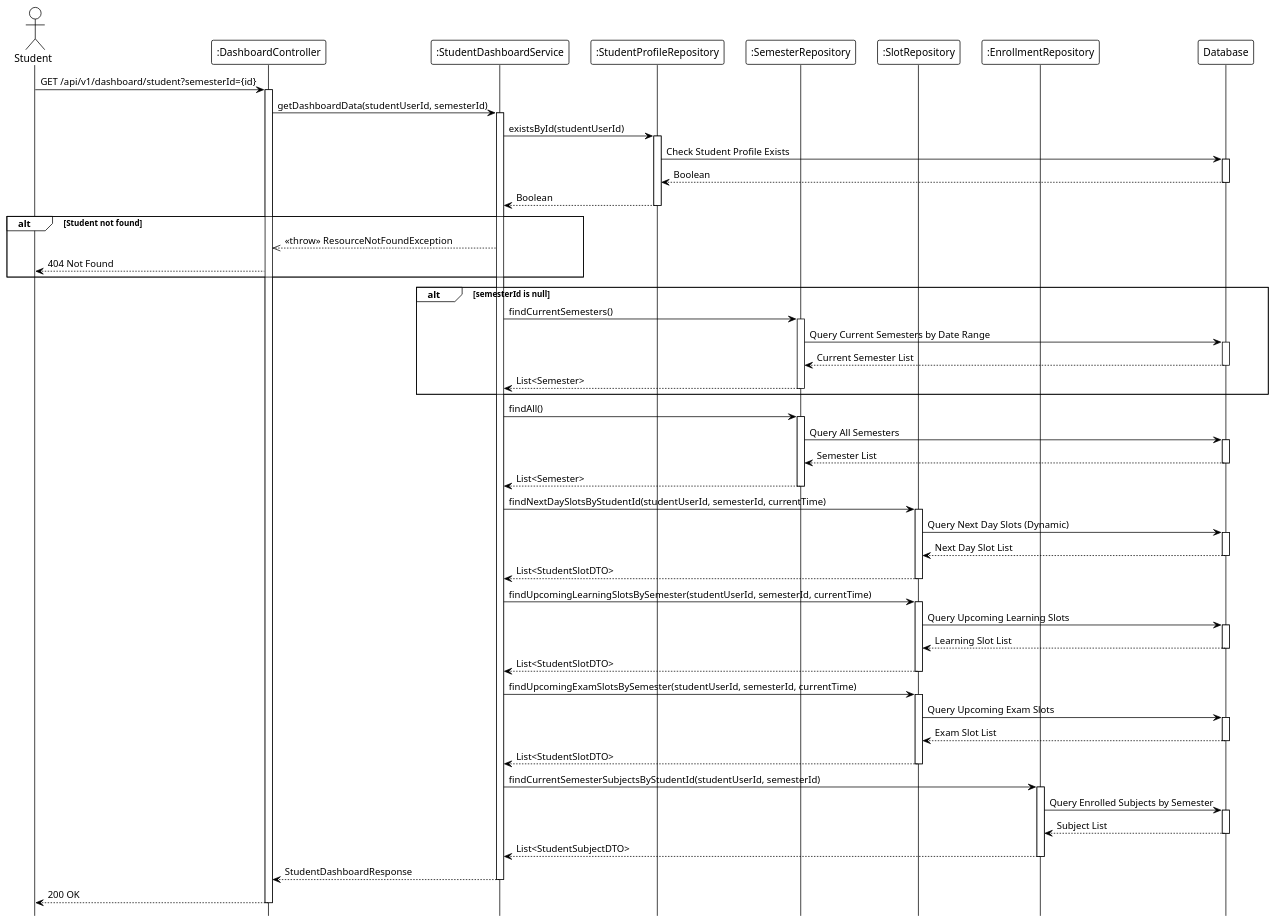
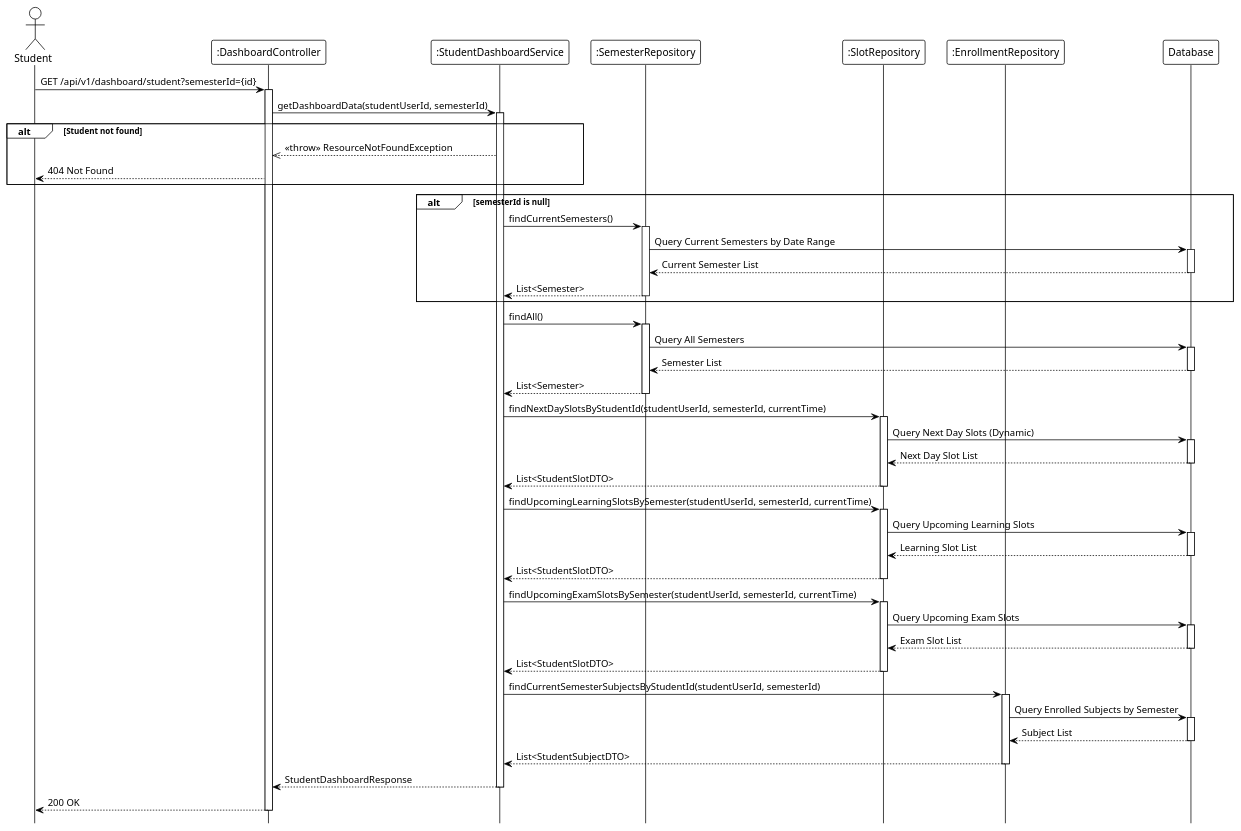
Before and after one commit to Ndh474/context: the diagram in system_detailed_design/76_view_student_timetable/sequence_diagram_view_student_timetable.puml, drawn with PlantUML. The commit also changed 12 other files, not shown here.

```diff
--- a/system_detailed_design/76_view_student_timetable/sequence_diagram_view_student_timetable.puml
+++ b/system_detailed_design/76_view_student_timetable/sequence_diagram_view_student_timetable.puml
@@ -1,118 +1,106 @@
 @startuml view_student_timetable
 !theme plain
 hide footbox
 
 actor Student
 participant ":DashboardController" as Controller
 participant ":StudentDashboardService" as Service
-participant ":StudentProfileRepository" as StudentRepo
 participant ":SemesterRepository" as SemesterRepo
 participant ":SlotRepository" as SlotRepo
 participant ":EnrollmentRepository" as EnrollmentRepo
 participant "Database" as DB
 
 ' --- MAIN FLOW ---
 Student -> Controller: GET /api/v1/dashboard/student?semesterId={id}
 activate Controller
 
 Controller -> Service: getDashboardData(studentUserId, semesterId)
 activate Service
 
-' --- VALIDATE STUDENT EXISTS ---
-Service -> StudentRepo: existsById(studentUserId)
-activate StudentRepo
-
-StudentRepo -> DB: Check Student Profile Exists
-activate DB
-DB --> StudentRepo: Boolean
-deactivate DB
-
-StudentRepo --> Service: Boolean
-deactivate StudentRepo
+' Validation logic (internal: check student exists)
 
 alt Student not found
     Service -->> Controller: <<throw>> ResourceNotFoundException
     Controller --> Student: 404 Not Found
 end
 
-' --- GET CURRENT SEMESTER IF NOT PROVIDED ---
 alt semesterId is null
     Service -> SemesterRepo: findCurrentSemesters()
     activate SemesterRepo
     
     SemesterRepo -> DB: Query Current Semesters by Date Range
     activate DB
     DB --> SemesterRepo: Current Semester List
     deactivate DB
     
     SemesterRepo --> Service: List<Semester>
     deactivate SemesterRepo
 end
 
 ' --- GET ALL SEMESTERS FOR DROPDOWN ---
 Service -> SemesterRepo: findAll()
 activate SemesterRepo
 
 SemesterRepo -> DB: Query All Semesters
 activate DB
 DB --> SemesterRepo: Semester List
 deactivate DB
 
 SemesterRepo --> Service: List<Semester>
 deactivate SemesterRepo
 
 ' --- GET NEXT DAY SLOTS ---
 Service -> SlotRepo: findNextDaySlotsByStudentId(studentUserId, semesterId, currentTime)
 activate SlotRepo
 
 SlotRepo -> DB: Query Next Day Slots (Dynamic)
 activate DB
 DB --> SlotRepo: Next Day Slot List
 deactivate DB
 
 SlotRepo --> Service: List<StudentSlotDTO>
 deactivate SlotRepo
 
 ' --- GET UPCOMING LEARNING SLOTS ---
 Service -> SlotRepo: findUpcomingLearningSlotsBySemester(studentUserId, semesterId, currentTime)
 activate SlotRepo
 
 SlotRepo -> DB: Query Upcoming Learning Slots
 activate DB
 DB --> SlotRepo: Learning Slot List
 deactivate DB
 
 SlotRepo --> Service: List<StudentSlotDTO>
 deactivate SlotRepo
 
 ' --- GET UPCOMING EXAM SLOTS ---
 Service -> SlotRepo: findUpcomingExamSlotsBySemester(studentUserId, semesterId, currentTime)
 activate SlotRepo
 
 SlotRepo -> DB: Query Upcoming Exam Slots
 activate DB
 DB --> SlotRepo: Exam Slot List
 deactivate DB
 
 SlotRepo --> Service: List<StudentSlotDTO>
 deactivate SlotRepo
 
 ' --- GET SEMESTER SUBJECTS ---
 Service -> EnrollmentRepo: findCurrentSemesterSubjectsByStudentId(studentUserId, semesterId)
 activate EnrollmentRepo
 
 EnrollmentRepo -> DB: Query Enrolled Subjects by Semester
 activate DB
 DB --> EnrollmentRepo: Subject List
 deactivate DB
 
 EnrollmentRepo --> Service: List<StudentSubjectDTO>
 deactivate EnrollmentRepo
 
 Service --> Controller: StudentDashboardResponse
 deactivate Service
 
 Controller --> Student: 200 OK
 deactivate Controller
 
 @enduml
```
